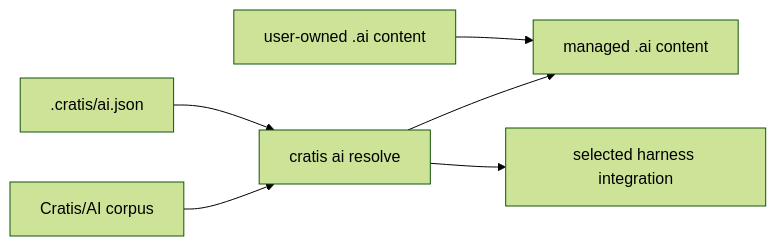
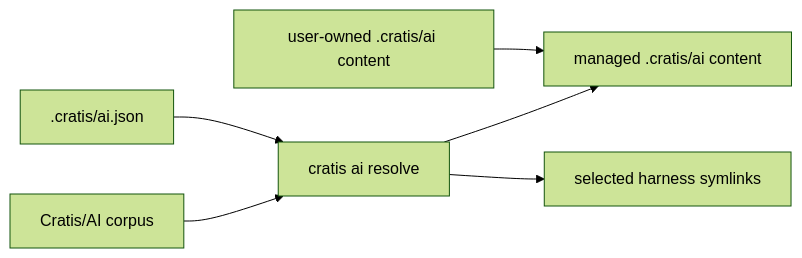
The diagram in web/src/content/docs/ai/trust-and-distribution.mdx (Cratis/Documentation), drawn with Mermaid (forest theme) before and after one commit. The commit also changed other lines of this file and 7 other files, not shown here.

````diff
--- a/web/src/content/docs/ai/trust-and-distribution.mdx
+++ b/web/src/content/docs/ai/trust-and-distribution.mdx
@@ -12,8 +12,8 @@
 ```mermaid
 flowchart LR
     C[Cratis/AI corpus] --> R[cratis ai resolve]
     J[.cratis/ai.json] --> R
-    R --> A[managed .ai content]
-    R --> H[selected harness integration]
-    U[user-owned .ai content] --> A
+    R --> A[managed .cratis/ai content]
+    R --> H[selected harness symlinks]
+    U[user-owned .cratis/ai content] --> A
 ```
````
